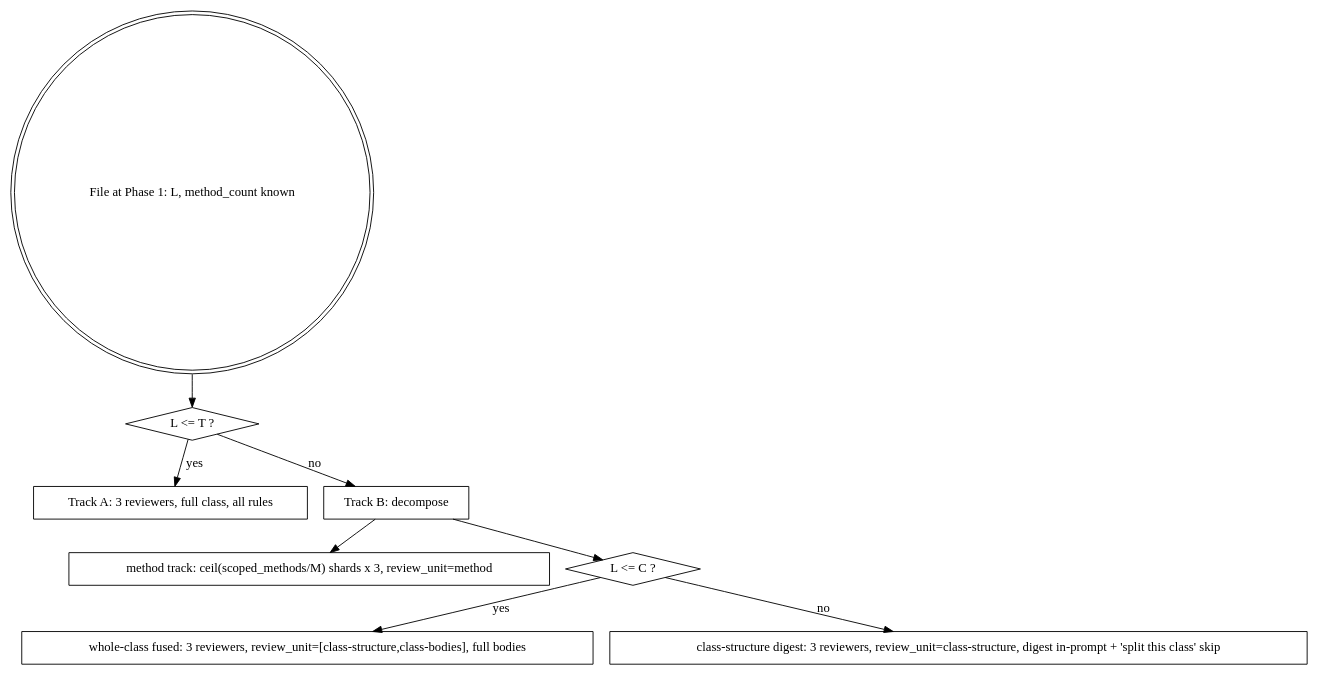
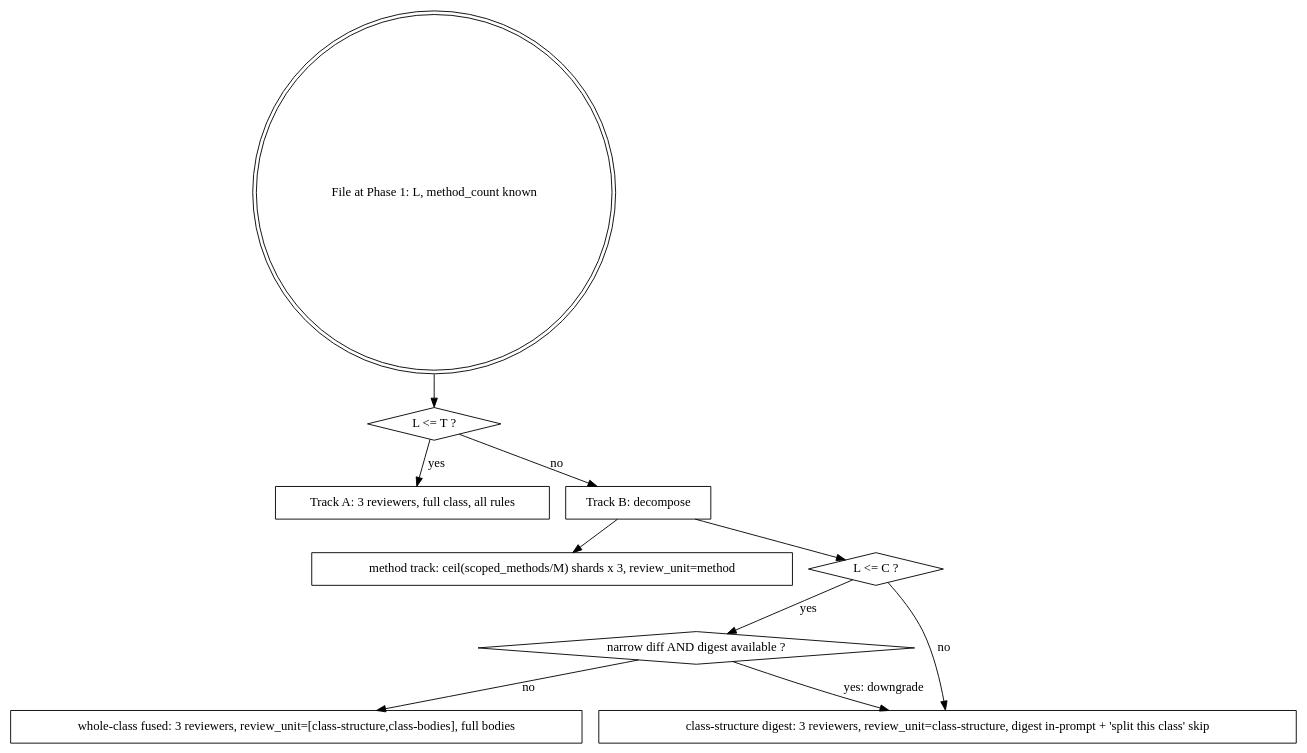
Before and after one commit to shopwareLabs/ai-coding-tools: the diagram in plugins/test-writing/skills/phpunit-test-team-reviewing/references/reviewer-allocation.md, drawn with Graphviz. The commit also changed other lines of this file and 21 other files, not shown here.

````diff
--- a/plugins/test-writing/skills/phpunit-test-team-reviewing/references/reviewer-allocation.md
+++ b/plugins/test-writing/skills/phpunit-test-team-reviewing/references/reviewer-allocation.md
@@ -25,20 +25,23 @@
 ```dot
 digraph track_decision {
   "File at Phase 1: L, method_count known" [shape=doublecircle];
   "L <= T ?" [shape=diamond];
   "Track A: 3 reviewers, full class, all rules" [shape=box];
   "Track B: decompose" [shape=box];
   "method track: ceil(scoped_methods/M) shards x 3, review_unit=method" [shape=box];
   "L <= C ?" [shape=diamond];
+  "narrow diff AND digest available ?" [shape=diamond];
   "whole-class fused: 3 reviewers, review_unit=[class-structure,class-bodies], full bodies" [shape=box];
   "class-structure digest: 3 reviewers, review_unit=class-structure, digest in-prompt + 'split this class' skip" [shape=box];
 
   "File at Phase 1: L, method_count known" -> "L <= T ?";
   "L <= T ?" -> "Track A: 3 reviewers, full class, all rules" [label="yes"];
   "L <= T ?" -> "Track B: decompose" [label="no"];
   "Track B: decompose" -> "method track: ceil(scoped_methods/M) shards x 3, review_unit=method";
   "Track B: decompose" -> "L <= C ?";
-  "L <= C ?" -> "whole-class fused: 3 reviewers, review_unit=[class-structure,class-bodies], full bodies" [label="yes"];
+  "L <= C ?" -> "narrow diff AND digest available ?" [label="yes"];
+  "narrow diff AND digest available ?" -> "whole-class fused: 3 reviewers, review_unit=[class-structure,class-bodies], full bodies" [label="no"];
+  "narrow diff AND digest available ?" -> "class-structure digest: 3 reviewers, review_unit=class-structure, digest in-prompt + 'split this class' skip" [label="yes: downgrade"];
   "L <= C ?" -> "class-structure digest: 3 reviewers, review_unit=class-structure, digest in-prompt + 'split this class' skip" [label="no"];
 }
 ```
````
